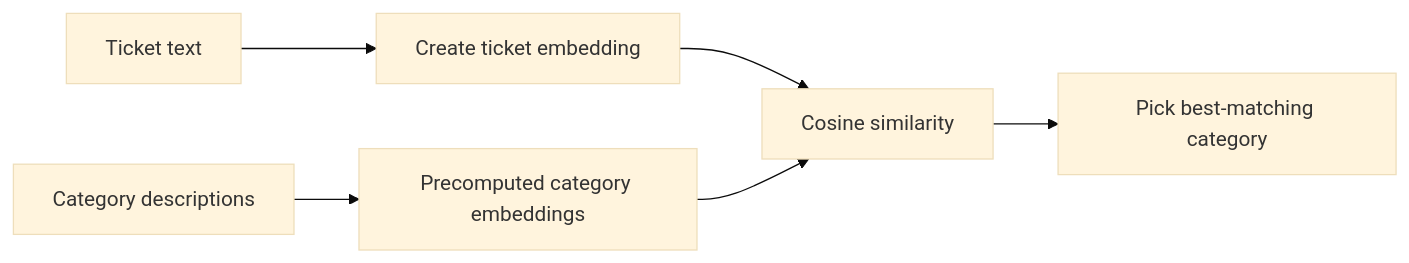
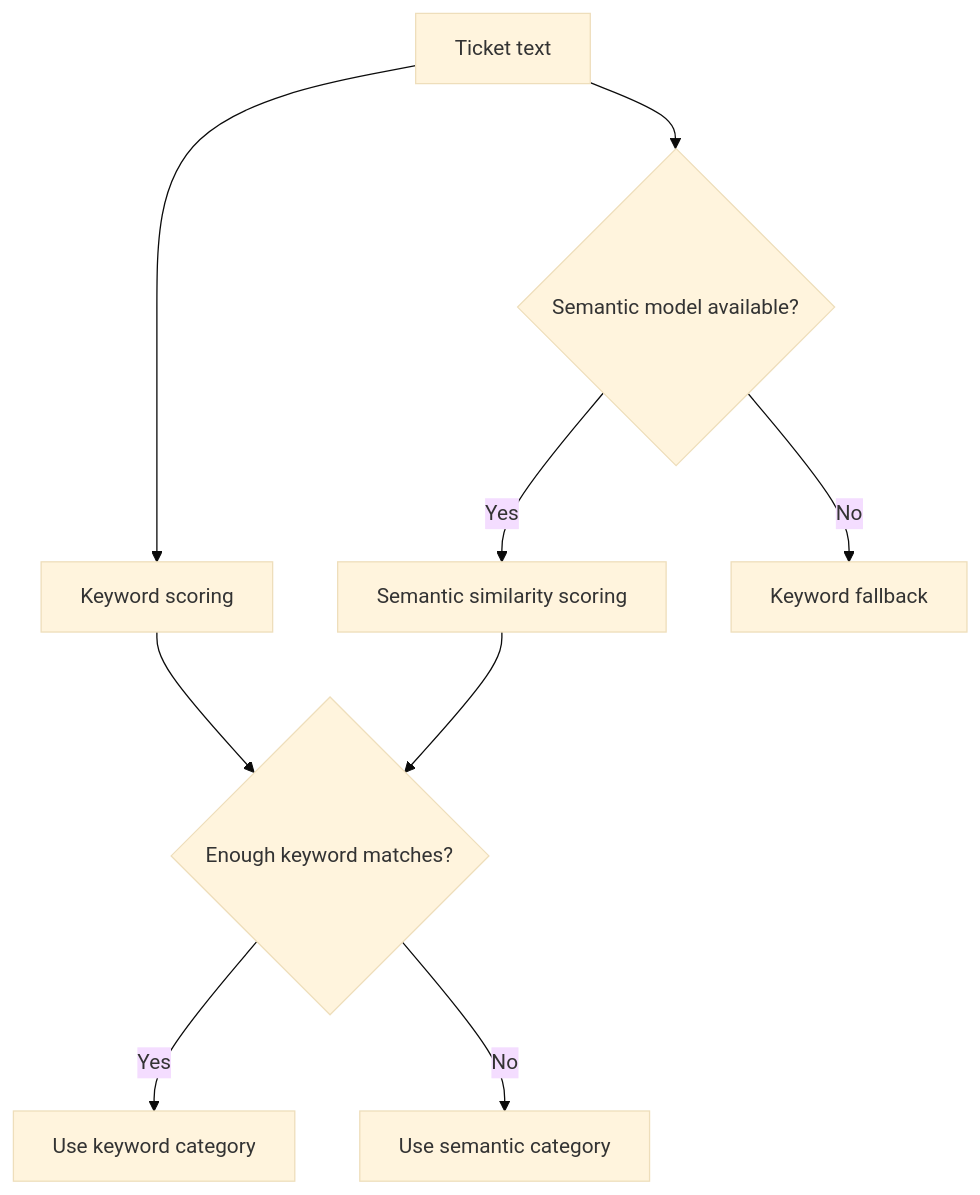
Before and after one commit to Plymouth-University/comp2003-2025-2026-team-3: the third of 5 diagrams in docs/services/ai-service/flows.md, drawn with Mermaid (base theme). The commit also changed other lines of this file and 5 other files, not shown here.

````diff
--- a/docs/services/ai-service/flows.md
+++ b/docs/services/ai-service/flows.md
@@ -117,8 +84,13 @@
 ```mermaid
-flowchart LR
-  TicketText[Ticket text] --> TicketEmb[Create ticket embedding]
-  CategoryText[Category descriptions] --> CategoryEmb[Precomputed category embeddings]
-  TicketEmb --> Compare[Cosine similarity]
-  CategoryEmb --> Compare
-  Compare --> Best[Pick best-matching category]
+flowchart TD
+  Text[Ticket text] --> KW[Keyword scoring]
+  Text --> SEM{Semantic model available?}
+
+  KW --> Check{Enough keyword matches?}
+  SEM -->|Yes| SemanticScore[Semantic similarity scoring]
+  SEM -->|No| KeywordOnly[Keyword fallback]
+  SemanticScore --> Check
+
+  Check -->|Yes| KeywordResult[Use keyword category]
+  Check -->|No| SemanticResult[Use semantic category]
 ```
````
